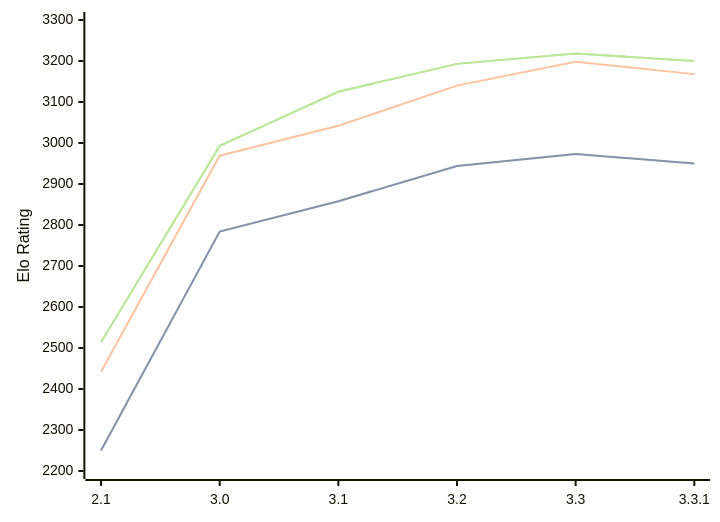
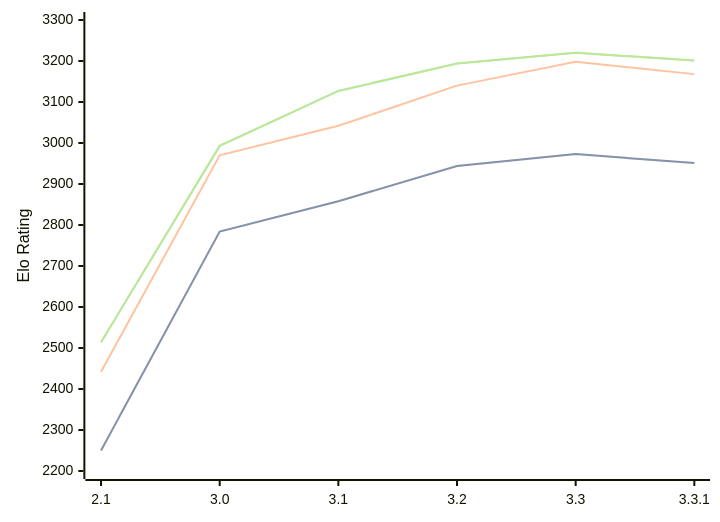
One commit to computer-chess-index/cci changed the diagram in engines/Petrel.md. Above: the diagram before and after it, drawn with Mermaid. The commit also changed other lines of this file, not shown here.

Commit message:
Update CCI Ratings (ELO VLTC) - 2026-04-07

````diff
--- a/engines/Petrel.md
+++ b/engines/Petrel.md
@@ -45,11 +45,11 @@
 ```mermaid
 %%{init: {"theme":"base","themeVariables":{"seriesColors:['#a3a3a3','#222221','#faa371']}}}%%
 xychart-beta
   x-axis ["2.1", "3.0", "3.1", "3.2", "3.3", "3.3.1"]
   y-axis "Elo Rating" 2200 --> 3300
-  line "STC (8.0+0.08s)" [2250, 2784, 2858, 2944, 2973, 2950]
-  line "STC (8.0+0.08s)" [2250, 2784, 2858, 2944, 2973, 2950]
-  line "LTC (60.0+0.60s)" [2442, 2969, 3042, 3140, 3198, 3168]
-  line "VLTC (2m24s+1.12s)" [2514, 2993, 3125, 3193, 3218, 3200]
-  line "VLTC (2m24s+1.12s)" [2514, 2993, 3125, 3193, 3218, 3200]
+  line "STC (8.0+0.08s)" [2250, 2784, 2858, 2944, 2973, 2951]
+  line "STC (8.0+0.08s)" [2250, 2784, 2858, 2944, 2973, 2951]
+  line "LTC (60.0+0.60s)" [2442, 2970, 3042, 3140, 3198, 3168]
+  line "VLTC (2m24s+1.12s)" [2514, 2993, 3127, 3194, 3220, 3201]
+  line "VLTC (2m24s+1.12s)" [2514, 2993, 3127, 3194, 3220, 3201]
 ```
````
